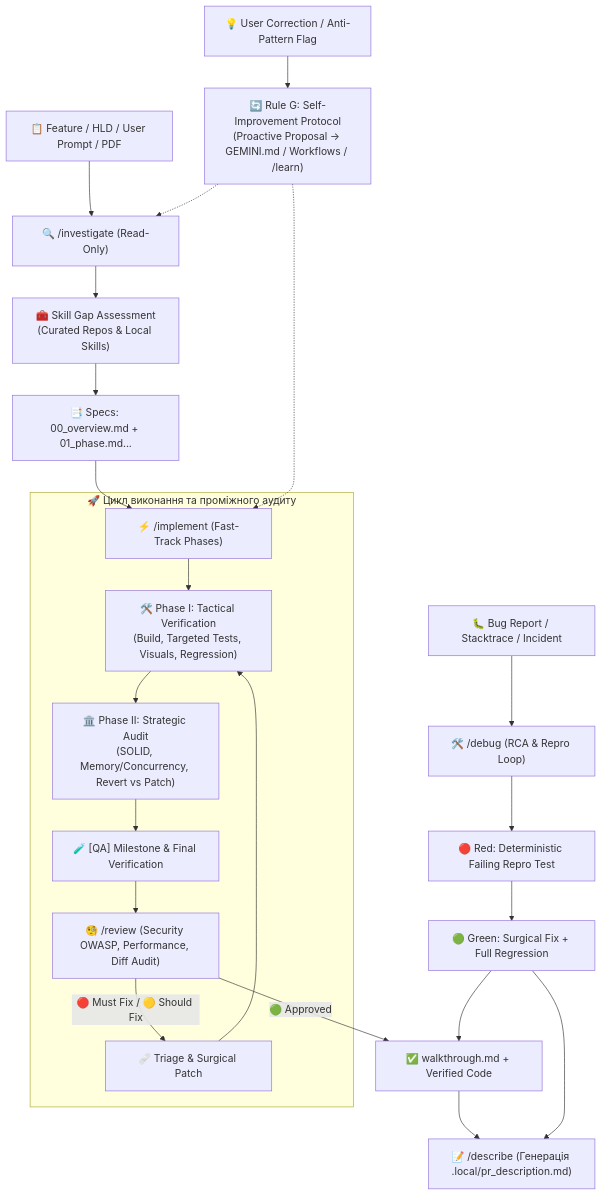
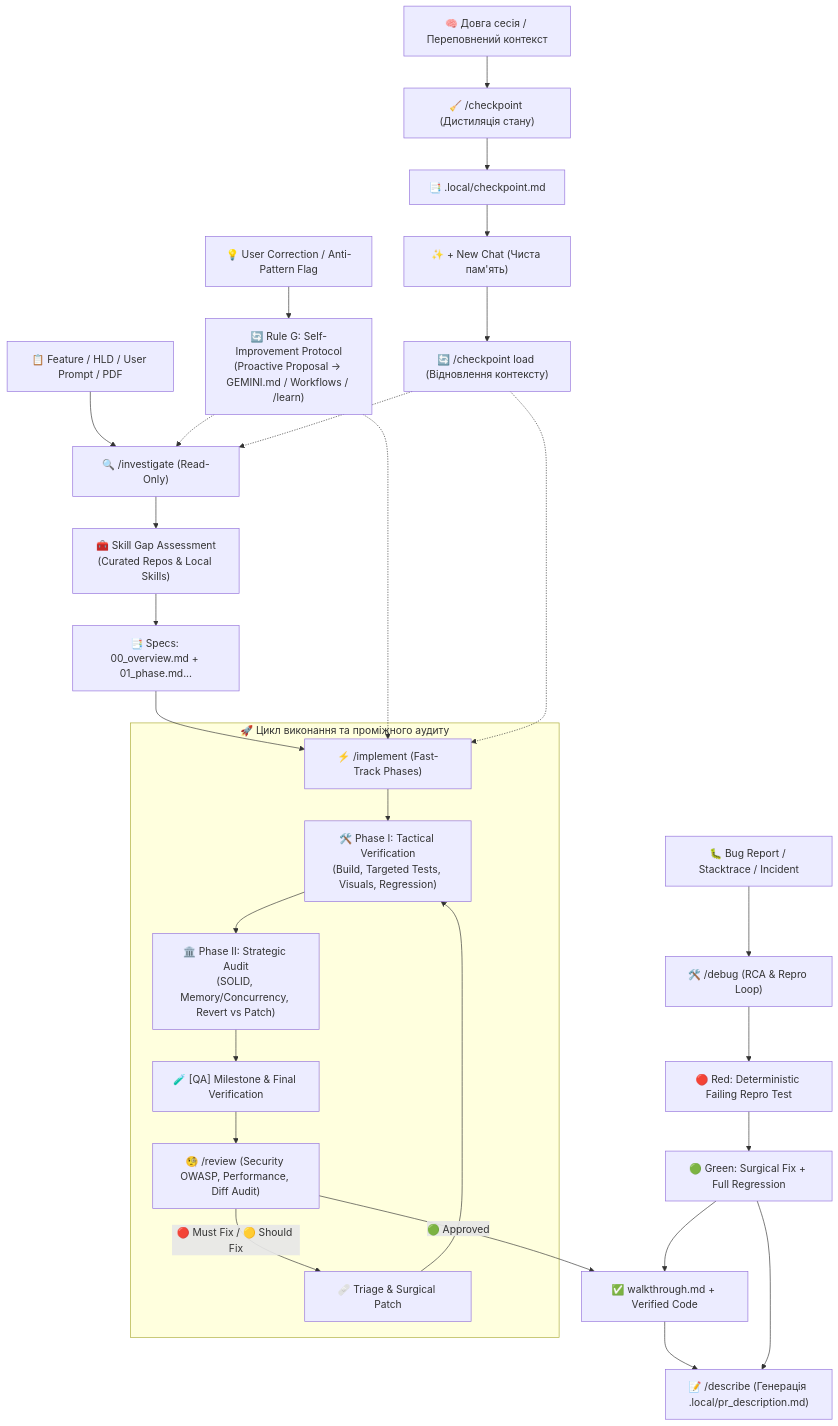
The diagram in README.md (nperepichka/Antigravity), drawn with Mermaid before and after one commit. The commit also changed other lines of this file and 2 other files, not shown here.

Commit message:
checkpoint workflow

````diff
--- a/README.md
+++ b/README.md
@@ -9,29 +9,36 @@
 ```mermaid
 flowchart TD
     Task["📋 Feature / HLD / User Prompt / PDF"] --> Investigate["🔍 /investigate (Read-Only)"]
     Investigate --> SkillDiscovery["🧰 Skill Gap Assessment\n(Curated Repos & Local Skills)"]
     SkillDiscovery --> Specs["📑 Specs: 00_overview.md + 01_phase.md..."]
     Specs --> Implement["⚡ /implement (Fast-Track Phases)"]
     
     subgraph ExecutionGroup ["🚀 Цикл виконання та проміжного аудиту"]
         Implement --> Tactical["🛠️ Phase I: Tactical Verification\n(Build, Targeted Tests, Visuals, Regression)"]
         Tactical --> Strategic["🏛️ Phase II: Strategic Audit\n(SOLID, Memory/Concurrency, Revert vs Patch)"]
         Strategic --> MilestoneQA["🧪 [QA] Milestone & Final Verification"]
         MilestoneQA --> ReviewGate["🧐 /review (Security OWASP, Performance, Diff Audit)"]
         ReviewGate -->|🔴 Must Fix / 🟡 Should Fix| PatchLoop["🩹 Triage & Surgical Patch"]
         PatchLoop --> Tactical
     end
 
     ReviewGate -->|🟢 Approved| Walkthrough["✅ walkthrough.md + Verified Code"]
     Walkthrough --> Describe["📝 /describe (Генерація .local/pr_description.md)"]
 
     Bug["🐛 Bug Report / Stacktrace / Incident"] --> Debug["🛠️ /debug (RCA & Repro Loop)"]
     Debug --> RedTest["🔴 Red: Deterministic Failing Repro Test"]
     RedTest --> GreenFix["🟢 Green: Surgical Fix + Full Regression"]
     GreenFix --> Walkthrough
     GreenFix --> Describe
 
     UserFeedback["💡 User Correction / Anti-Pattern Flag"] --> RuleG["🔄 Rule G: Self-Improvement Protocol\n(Proactive Proposal -> GEMINI.md / Workflows / /learn)"]
     RuleG -.-> Investigate
     RuleG -.-> Implement
+
+    ContextBloat["🧠 Довга сесія / Переповнений контекст"] --> CheckpointSave["🧹 /checkpoint (Дистиляція стану)"]
+    CheckpointSave --> CheckpointFile["📑 .local/checkpoint.md"]
+    CheckpointFile --> NewSession["✨ + New Chat (Чиста пам'ять)"]
+    NewSession --> CheckpointLoad["🔄 /checkpoint load (Відновлення контексту)"]
+    CheckpointLoad -.-> Investigate
+    CheckpointLoad -.-> Implement
 ```
````
